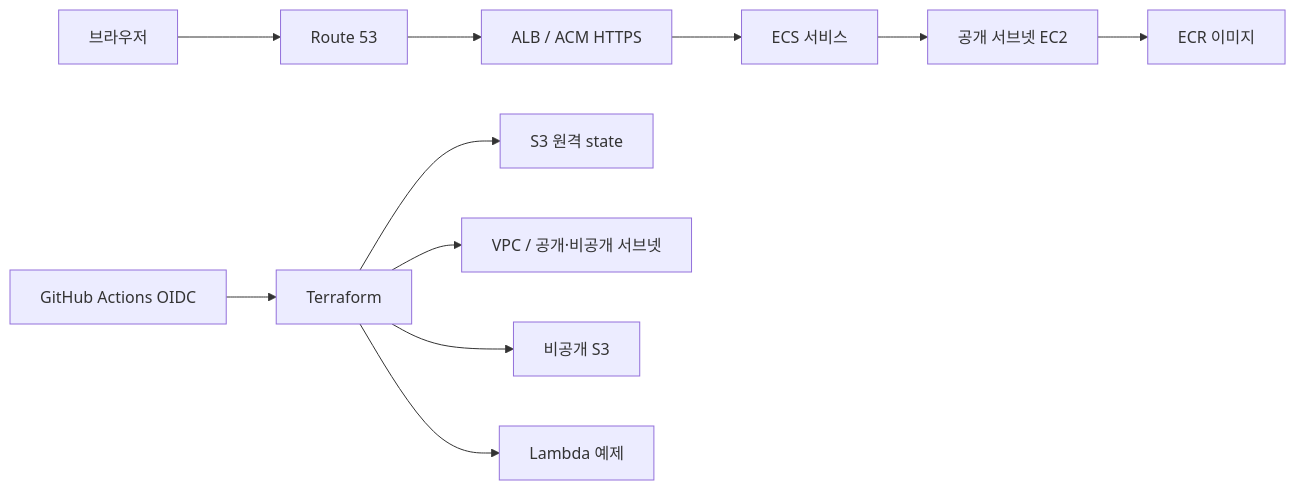
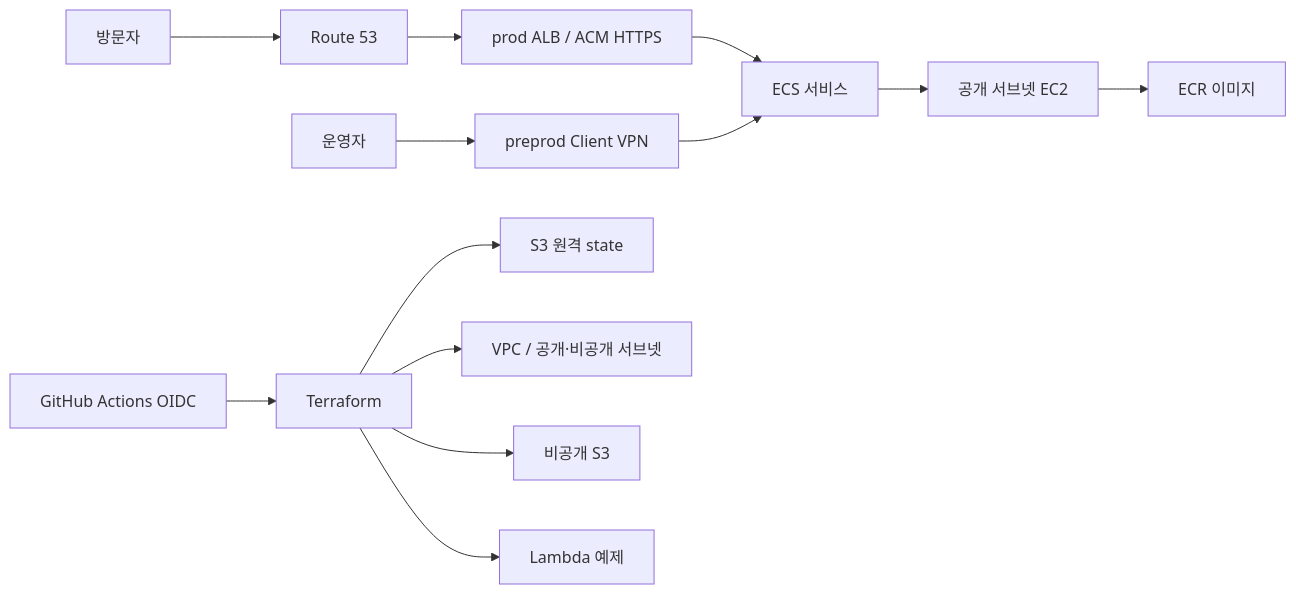
One commit to ban-dal/aws-ecs-fullstack-app changed the first of 2 diagrams in docs/architecture.md. Above: the diagram before and after it, drawn with Mermaid. The commit also changed other lines of this file and 1 other file, not shown here.

Commit message:
docs: distinguish preprod HTTP and prod HTTPS

````diff
--- a/docs/architecture.md
+++ b/docs/architecture.md
@@ -5,13 +5,15 @@
 ```mermaid
 flowchart LR
-  Browser[브라우저] --> DNS[Route 53]
-  DNS --> ALB[ALB / ACM HTTPS]
+  Browser[방문자] --> DNS[Route 53]
+  DNS --> ALB[prod ALB / ACM HTTPS]
   ALB --> ECS[ECS 서비스]
+  Operator[운영자] --> VPN[preprod Client VPN]
+  VPN --> ECS
   ECS --> EC2[공개 서브넷 EC2]
   EC2 --> ECR[ECR 이미지]
   CI[GitHub Actions OIDC] --> TF[Terraform]
   TF --> State[S3 원격 state]
   TF --> VPC[VPC / 공개·비공개 서브넷]
   TF --> Assets[비공개 S3]
   TF --> Lambda[Lambda 예제]
 ```
````
